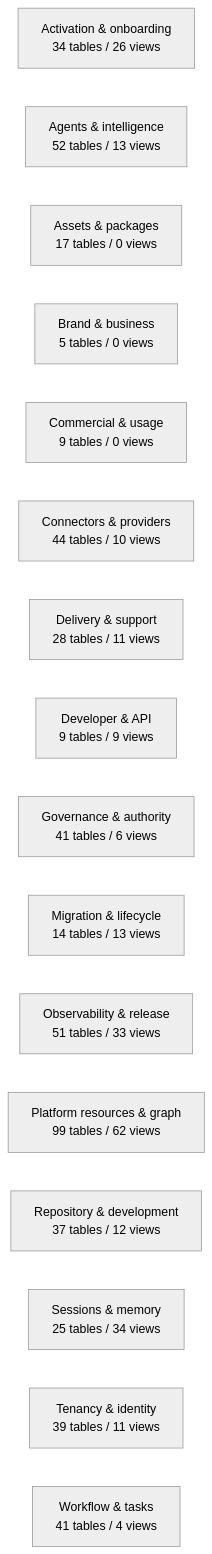
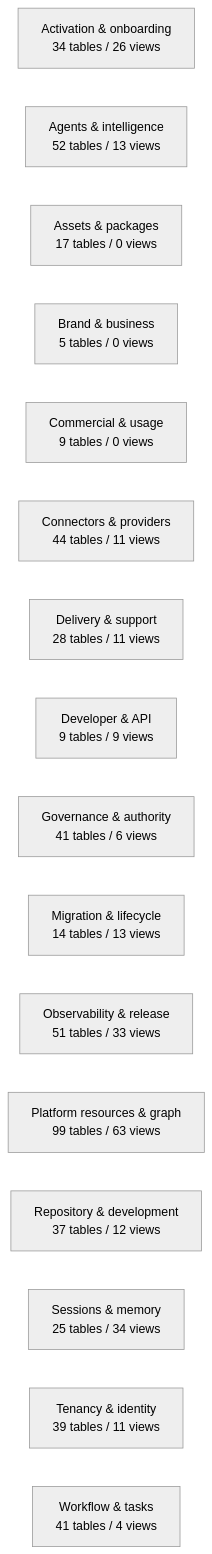
One commit to mad4bdigital-ai/multi-business-multi-role-growth-intelligence-os changed the diagram in docs/work-maps/data-model-domain-map.md. Above: the diagram before and after it, drawn with Mermaid (neutral theme). The commit also changed other lines of this file and 4 other files, not shown here.

````diff
--- a/docs/work-maps/data-model-domain-map.md
+++ b/docs/work-maps/data-model-domain-map.md
@@ -9,19 +9,19 @@
 ```mermaid
 flowchart LR
   n_Activation___onboarding["Activation & onboarding<br/>34 tables / 26 views"]
   n_Agents___intelligence["Agents & intelligence<br/>52 tables / 13 views"]
   n_Assets___packages["Assets & packages<br/>17 tables / 0 views"]
   n_Brand___business["Brand & business<br/>5 tables / 0 views"]
   n_Commercial___usage["Commercial & usage<br/>9 tables / 0 views"]
-  n_Connectors___providers["Connectors & providers<br/>44 tables / 10 views"]
+  n_Connectors___providers["Connectors & providers<br/>44 tables / 11 views"]
   n_Delivery___support["Delivery & support<br/>28 tables / 11 views"]
   n_Developer___API["Developer & API<br/>9 tables / 9 views"]
   n_Governance___authority["Governance & authority<br/>41 tables / 6 views"]
   n_Migration___lifecycle["Migration & lifecycle<br/>14 tables / 13 views"]
   n_Observability___release["Observability & release<br/>51 tables / 33 views"]
-  n_Platform_resources___graph["Platform resources & graph<br/>99 tables / 62 views"]
+  n_Platform_resources___graph["Platform resources & graph<br/>99 tables / 63 views"]
   n_Repository___development["Repository & development<br/>37 tables / 12 views"]
   n_Sessions___memory["Sessions & memory<br/>25 tables / 34 views"]
   n_Tenancy___identity["Tenancy & identity<br/>39 tables / 11 views"]
   n_Workflow___tasks["Workflow & tasks<br/>41 tables / 4 views"]
 ```
````
